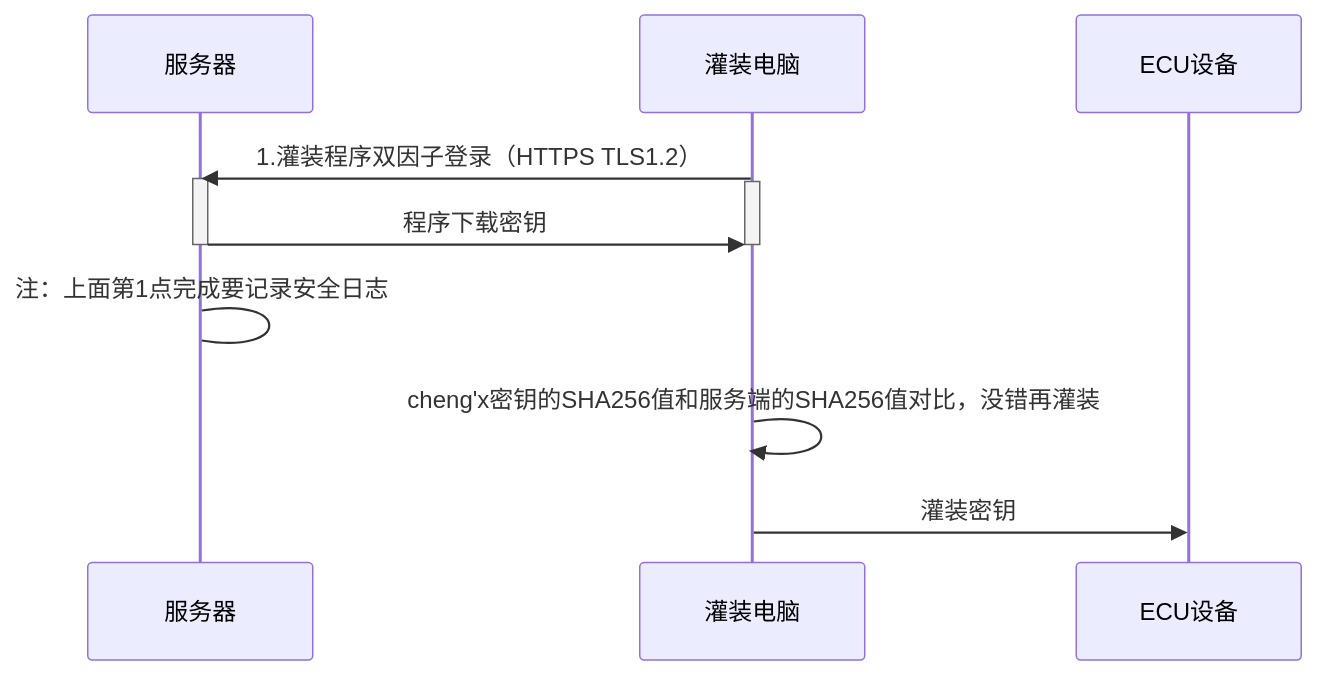
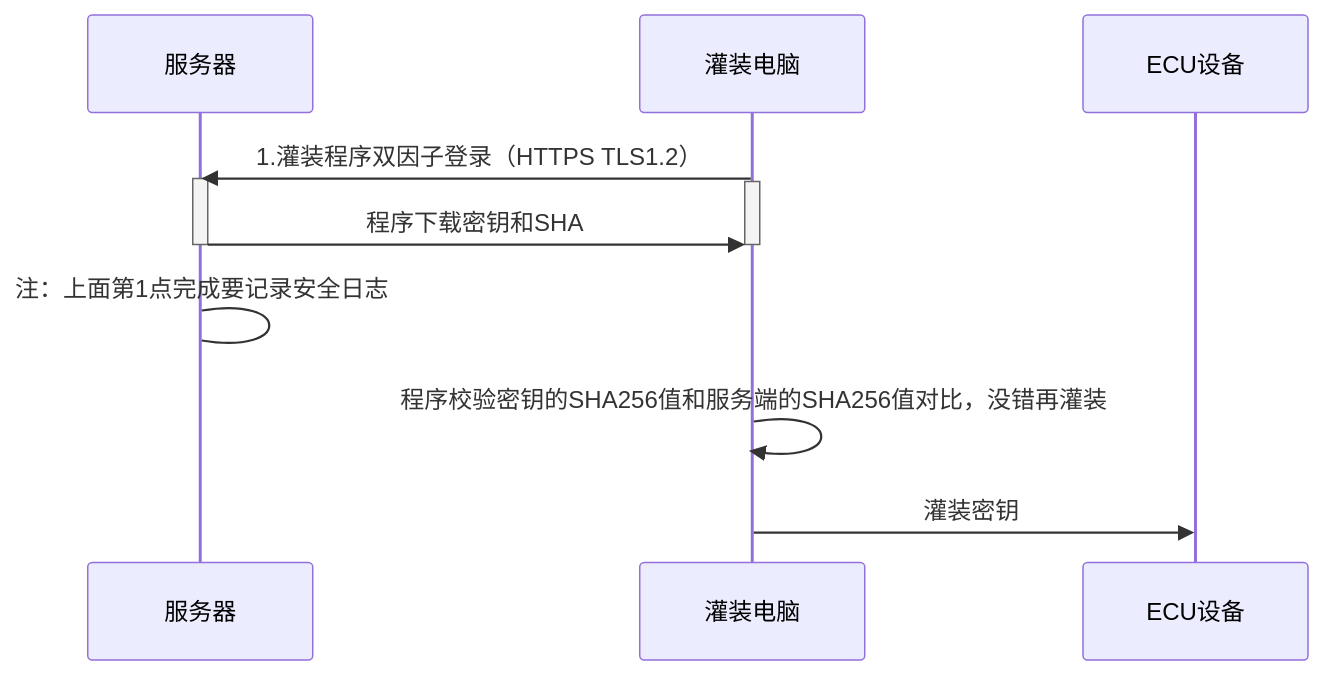
Before and after one commit to facebook-cloud/iodraw-files: the diagram in all/未命名-23.md, drawn with Mermaid.

Commit message:
2026-04-15 17:08:40 update

````diff
--- a/all/未命名-23.md
+++ b/all/未命名-23.md
@@ -1,19 +1,19 @@
 ```mermaid
 sequenceDiagram
   
     participant B as 服务器
     participant D as 灌装电脑
     participant E as ECU设备
 
     D->>B: 1.灌装程序双因子登录（HTTPS TLS1.2）
     activate B
     activate D
-    B->>D: 程序下载密钥
+    B->>D: 程序下载密钥和SHA
     deactivate B
     deactivate D
     B->B: 注：上面第1点完成要记录安全日志
 
-    D->>D:cheng'x密钥的SHA256值和服务端的SHA256值对比，没错再灌装
+    D->>D:程序校验密钥的SHA256值和服务端的SHA256值对比，没错再灌装
     
     D->>E: 灌装密钥
 ```
````
